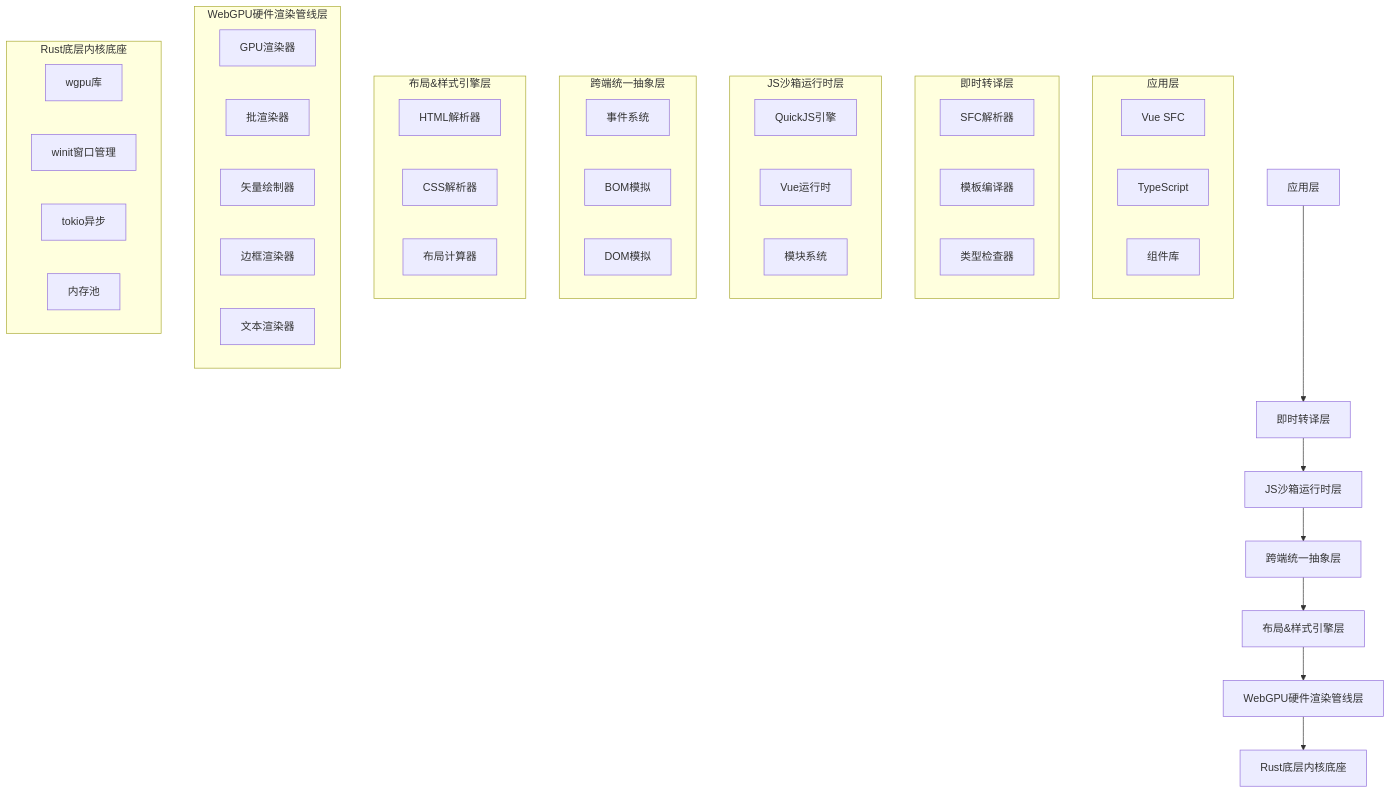
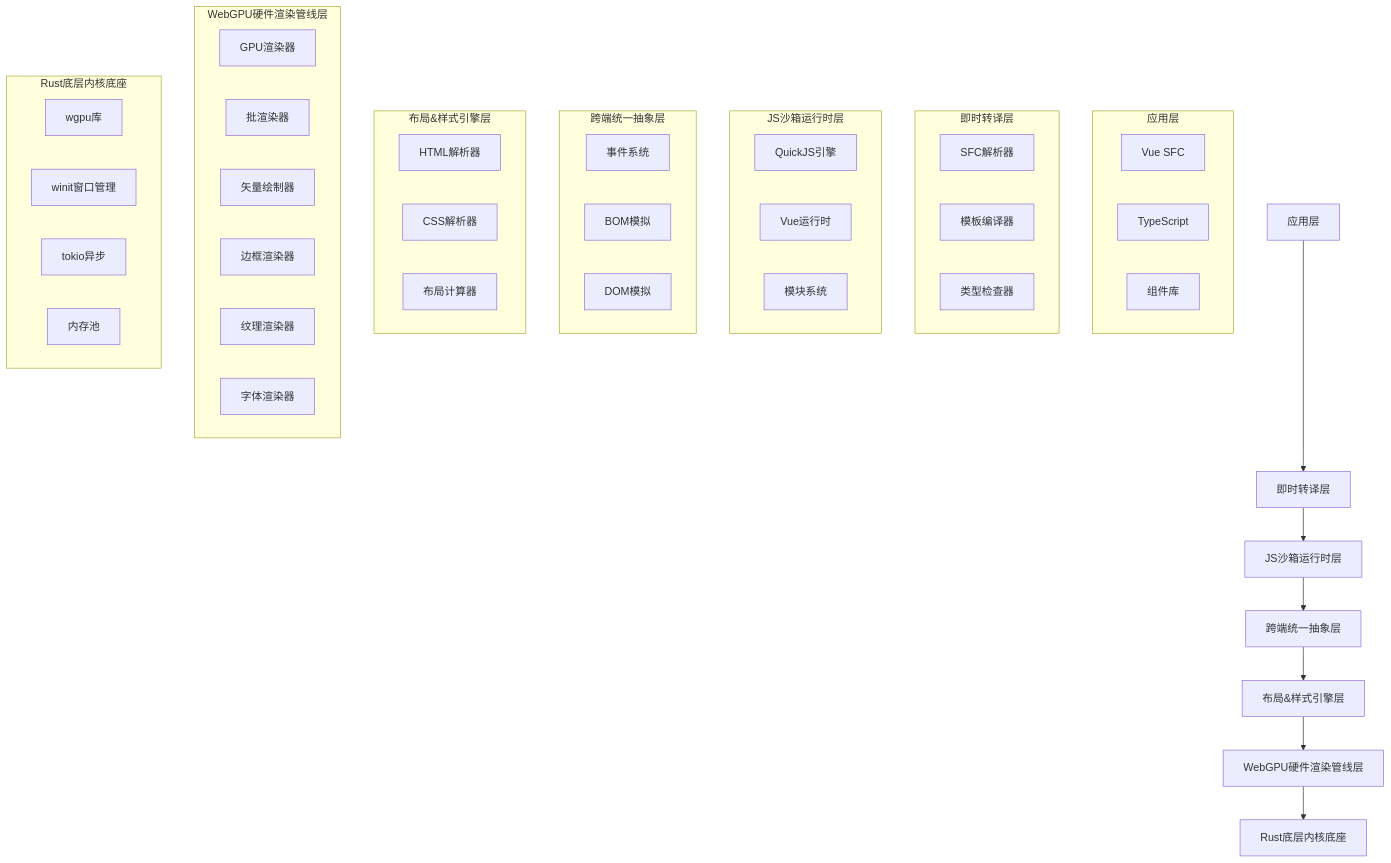
One commit to itszzl-sudo/iris changed the third of 40 diagrams in .qoder/repowiki/zh/content/技术架构详解/WebGPU渲染引擎/WebGPU渲染引擎.md. Above: the diagram before and after it, drawn with Mermaid. The commit also changed other lines of this file and 4 other files, not shown here.

````diff
--- a/.qoder/repowiki/zh/content/技术架构详解/WebGPU渲染引擎/WebGPU渲染引擎.md
+++ b/.qoder/repowiki/zh/content/技术架构详解/WebGPU渲染引擎/WebGPU渲染引擎.md
@@ -173,47 +177,48 @@
 ```mermaid
 flowchart TD
 A[应用层] --> B[即时转译层]
 B --> C[JS沙箱运行时层]
 C --> D[跨端统一抽象层]
 D --> E[布局&样式引擎层]
 E --> F[WebGPU硬件渲染管线层]
 F --> G[Rust底层内核底座]
 subgraph "应用层"
 A1[Vue SFC]
 A2[TypeScript]
 A3[组件库]
 end
 subgraph "即时转译层"
 B1[SFC解析器]
 B2[模板编译器]
 B3[类型检查器]
 end
 subgraph "JS沙箱运行时层"
 C1[QuickJS引擎]
 C2[Vue运行时]
 C3[模块系统]
 end
 subgraph "跨端统一抽象层"
 D1[事件系统]
 D2[BOM模拟]
 D3[DOM模拟]
 end
 subgraph "布局&样式引擎层"
 E1[HTML解析器]
 E2[CSS解析器]
 E3[布局计算器]
 end
 subgraph "WebGPU硬件渲染管线层"
 F1[GPU渲染器]
 F2[批渲染器]
 F3[矢量绘制器]
 F4[边框渲染器]
-F5[文本渲染器]
+F5[纹理渲染器]
+F6[字体渲染器]
 end
 subgraph "Rust底层内核底座"
 G1[wgpu库]
 G2[winit窗口管理]
 G3[tokio异步]
 G4[内存池]
 end
 ```
````
